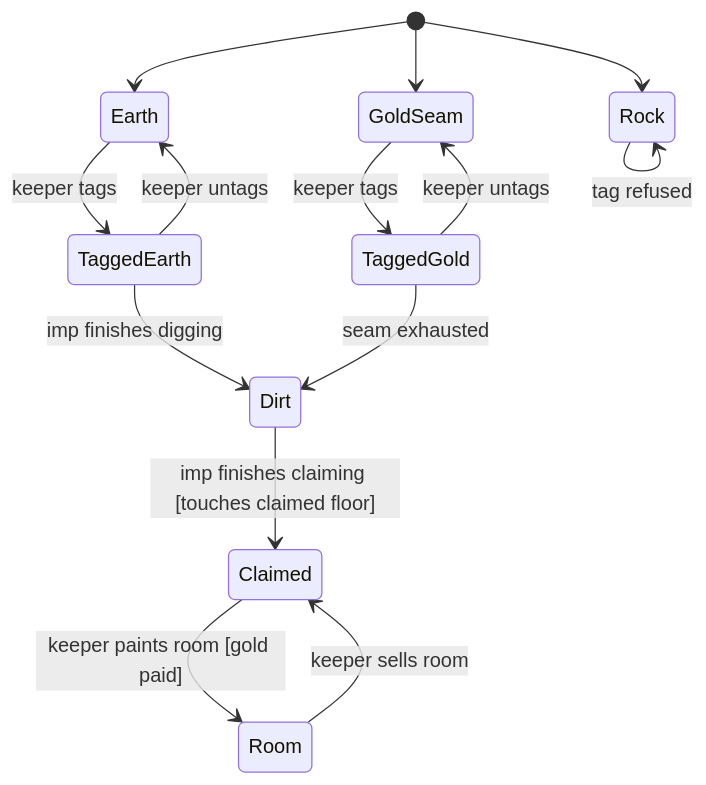
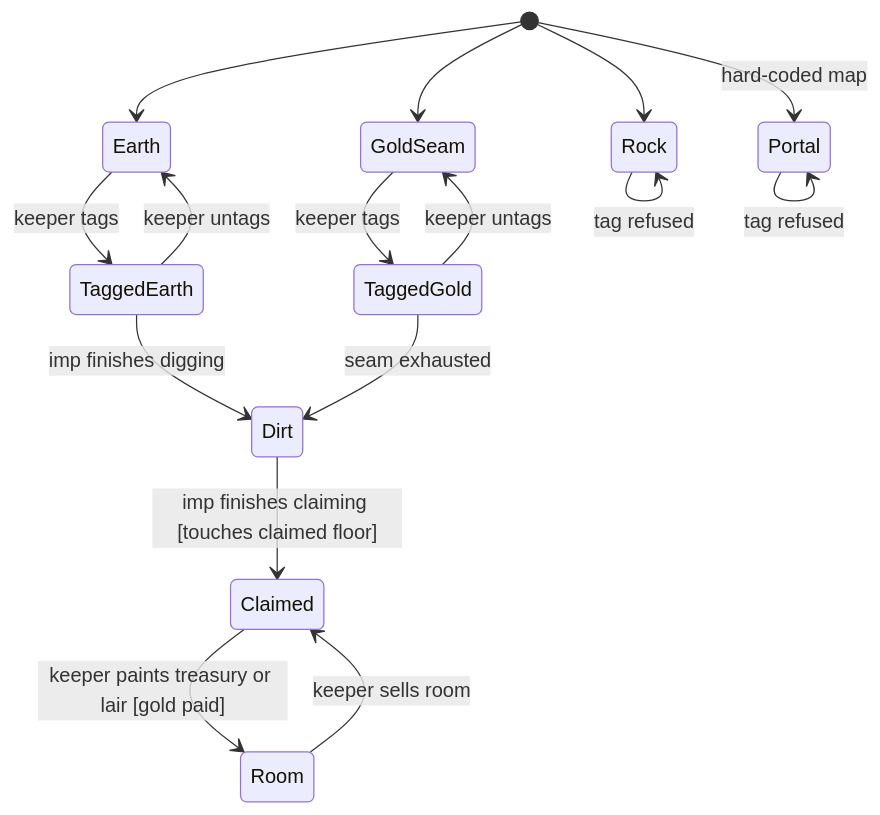
Before and after one commit to jmporchet/keeper: the third of 7 diagrams in docs/design.md, drawn with Mermaid. The commit also changed other lines of this file and 34 other files, not shown here.

Commit message:
Lair + portal: paint beds, flies arrive and sleep

````diff
--- a/docs/design.md
+++ b/docs/design.md
@@ -115,16 +116,18 @@
 ```mermaid
 stateDiagram-v2
     [*] --> Earth
     [*] --> GoldSeam
     [*] --> Rock
+    [*] --> Portal: hard-coded map
     Earth --> TaggedEarth: keeper tags
     TaggedEarth --> Earth: keeper untags
     TaggedEarth --> Dirt: imp finishes digging
     GoldSeam --> TaggedGold: keeper tags
     TaggedGold --> GoldSeam: keeper untags
     TaggedGold --> Dirt: seam exhausted
     Dirt --> Claimed: imp finishes claiming [touches claimed floor]
-    Claimed --> Room: keeper paints room [gold paid]
+    Claimed --> Room: keeper paints treasury or lair [gold paid]
     Room --> Claimed: keeper sells room
     Rock --> Rock: tag refused
+    Portal --> Portal: tag refused
 ```
````
